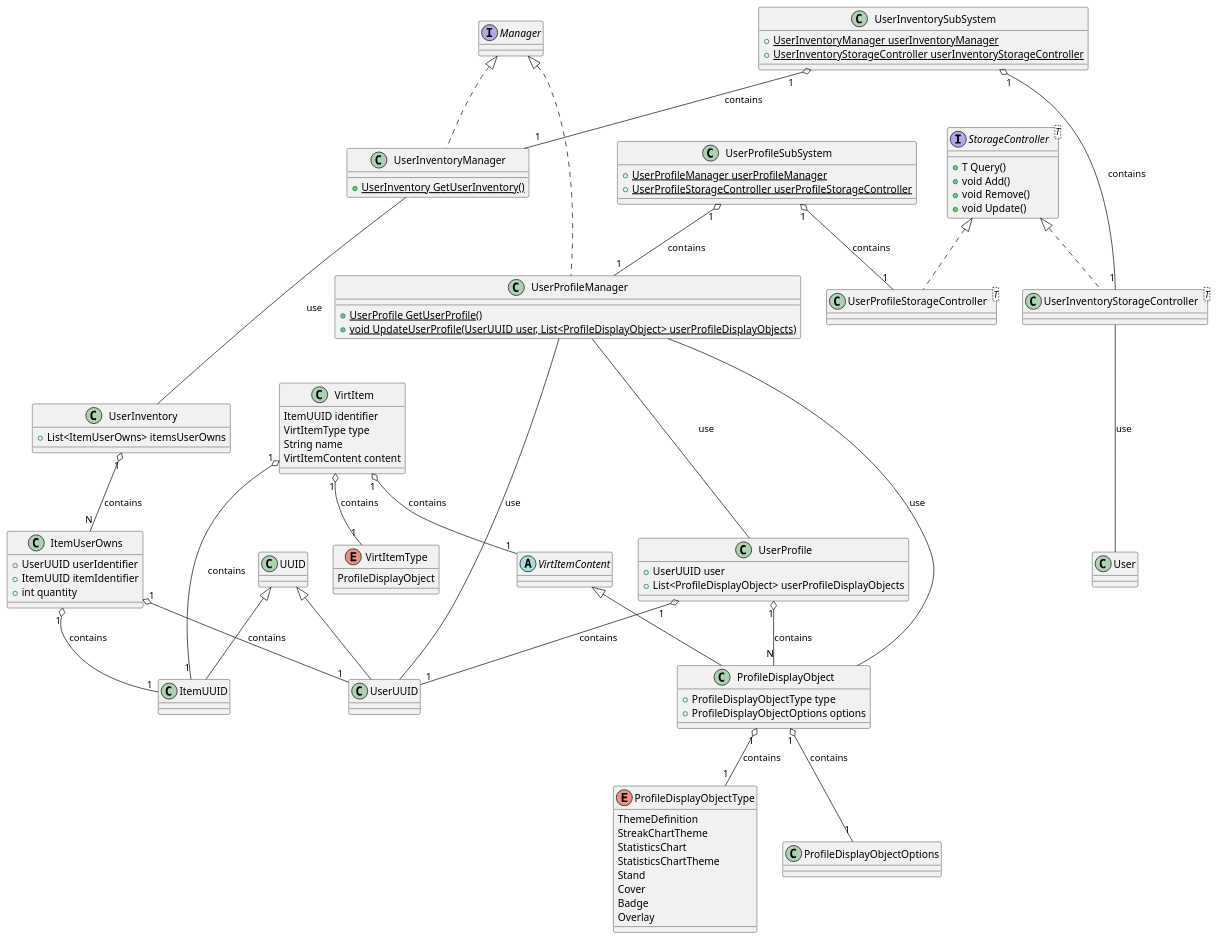
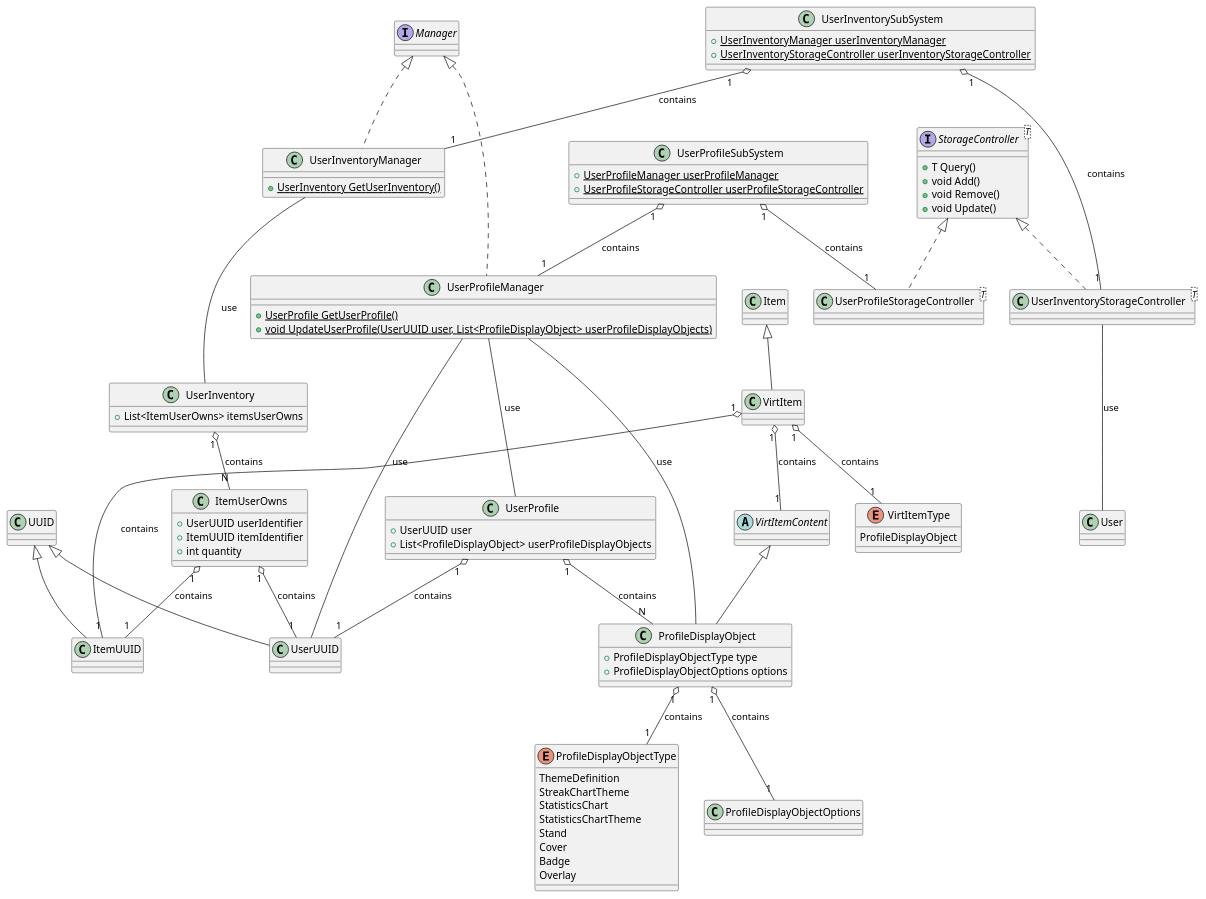
The diagram in src/UserProfileInventory.puml (ShapeLayer/se-lecture-task__project-structure-definitions), drawn with PlantUML before and after one commit. The commit also changed 8 other files, not shown here.

```diff
--- a/src/UserProfileInventory.puml
+++ b/src/UserProfileInventory.puml
@@ -1,111 +1,106 @@
 @startuml
 Interface Manager
 Interface StorageController<T> {
     + T Query()
     + void Add()
     + void Remove()
     + void Update()
 }
 class UUID {}
 class UserUUID extends UUID {}
 class ItemUUID extends UUID {}
 
 enum VirtItemType {
     ProfileDisplayObject
 }
 
-class VirtItem {
-    ItemUUID identifier
-    VirtItemType type
-    String name
-    VirtItemContent content
-}
+class VirtItem extends Item {}
 
 VirtItem "1" o-- "1" ItemUUID : contains
 VirtItem "1" o-- "1" VirtItemType : contains
 VirtItem "1" o-- "1" VirtItemContent : contains
 
 abstract class VirtItemContent {}
 
 ' UserInventory
 class ItemUserOwns {
     + UserUUID userIdentifier
     + ItemUUID itemIdentifier
     + int quantity
 }
 
 ItemUserOwns "1" o-- "1" UserUUID : contains
 ItemUserOwns "1" o-- "1" ItemUUID : contains
 
 class UserInventory {
     + List<ItemUserOwns> itemsUserOwns
 }
 
 UserInventory "1" o-- "N" ItemUserOwns : contains
 
 class UserInventoryManager implements Manager {
     + {static} UserInventory GetUserInventory()
 }
 
 UserInventoryManager --- UserInventory : use
 
 class UserInventoryStorageController<T> implements StorageController {}
 UserInventoryStorageController --- User : use
 
 class UserInventorySubSystem {
     + {static} UserInventoryManager userInventoryManager
     + {static} UserInventoryStorageController userInventoryStorageController
 }
 
 UserInventorySubSystem "1" o-- "1" UserInventoryManager : contains
 UserInventorySubSystem "1" o-- "1" UserInventoryStorageController : contains
 
 ' UserProfile
 enum ProfileDisplayObjectType {
     ThemeDefinition
     StreakChartTheme
     StatisticsChart
     StatisticsChartTheme
     Stand
     Cover
     Badge
     Overlay
 }
 
 class ProfileDisplayObjectOptions {}
 
 class ProfileDisplayObject extends VirtItemContent {
     + ProfileDisplayObjectType type
     + ProfileDisplayObjectOptions options
 }
 
 ProfileDisplayObject "1" o-- "1" ProfileDisplayObjectType : contains
 ProfileDisplayObject "1" o-- "1" ProfileDisplayObjectOptions : contains
 
 class UserProfile {
     + UserUUID user
     + List<ProfileDisplayObject> userProfileDisplayObjects
 }
 
 UserProfile "1" o-- "1" UserUUID : contains
 UserProfile "1" o-- "N" ProfileDisplayObject : contains
 
 class UserProfileManager implements Manager {
     + {static} UserProfile GetUserProfile()
     + {static} void UpdateUserProfile(UserUUID user, List<ProfileDisplayObject> userProfileDisplayObjects)
 }
 UserProfileManager --- UserUUID : use
 UserProfileManager --- UserProfile : use
 UserProfileManager --- ProfileDisplayObject : use
 
 class UserProfileStorageController<T> implements StorageController {}
 
 class UserProfileSubSystem {
     + {static} UserProfileManager userProfileManager
     + {static} UserProfileStorageController userProfileStorageController
 }
 
 UserProfileSubSystem "1" o-- "1" UserProfileManager : contains
 UserProfileSubSystem "1" o-- "1" UserProfileStorageController : contains
 
 @enduml
```
